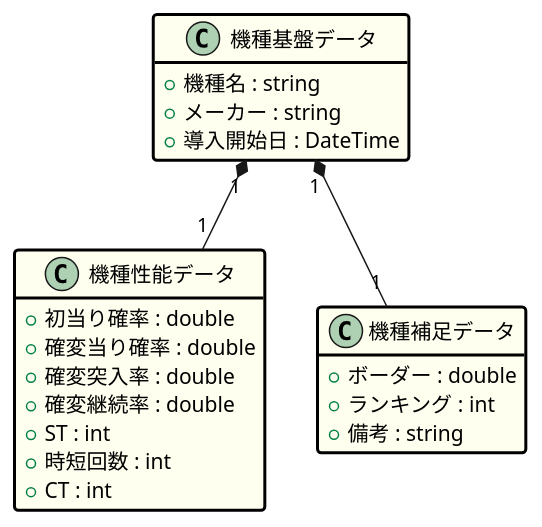
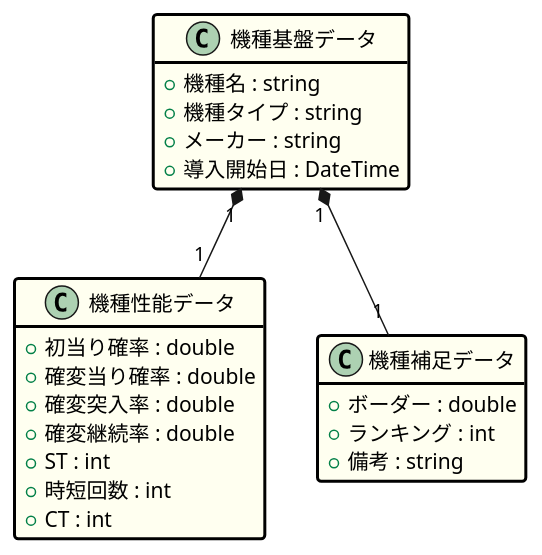
Before and after one commit to Takehiro1033/ExpSimulator: the diagram in ExpSimulator/DataSheets/3.詳細設計/Diagram/ClassDiagram_ClassModelBaseData.puml, drawn with PlantUML. The commit also changed 6 other files, not shown here.

```diff
--- a/ExpSimulator/DataSheets/3.詳細設計/Diagram/ClassDiagram_ClassModelBaseData.puml
+++ b/ExpSimulator/DataSheets/3.詳細設計/Diagram/ClassDiagram_ClassModelBaseData.puml
@@ -1,31 +1,32 @@
 @startuml
 
 hide empty members
 
 class "機種基盤データ" #back:FFFFF0;line.bold:000000
 {
     +機種名 : string
+    +機種タイプ : string
     +メーカー : string
     +導入開始日 : DateTime
 }
 class "機種性能データ" #back:FFFFF0;line.bold:000000
 {
     +初当り確率 : double
     +確変当り確率 : double
     +確変突入率 : double
     +確変継続率 : double
     +ST : int
     +時短回数 : int
     +CT : int
 }
 class "機種補足データ" #back:FFFFF0;line.bold:000000
 {
     +ボーダー : double
     +ランキング : int
     +備考 : string
 }
 
 "機種基盤データ" "1" *-- "1" "機種性能データ"
 "機種基盤データ" "1" *-- "1" "機種補足データ"
 
 @enduml
```
